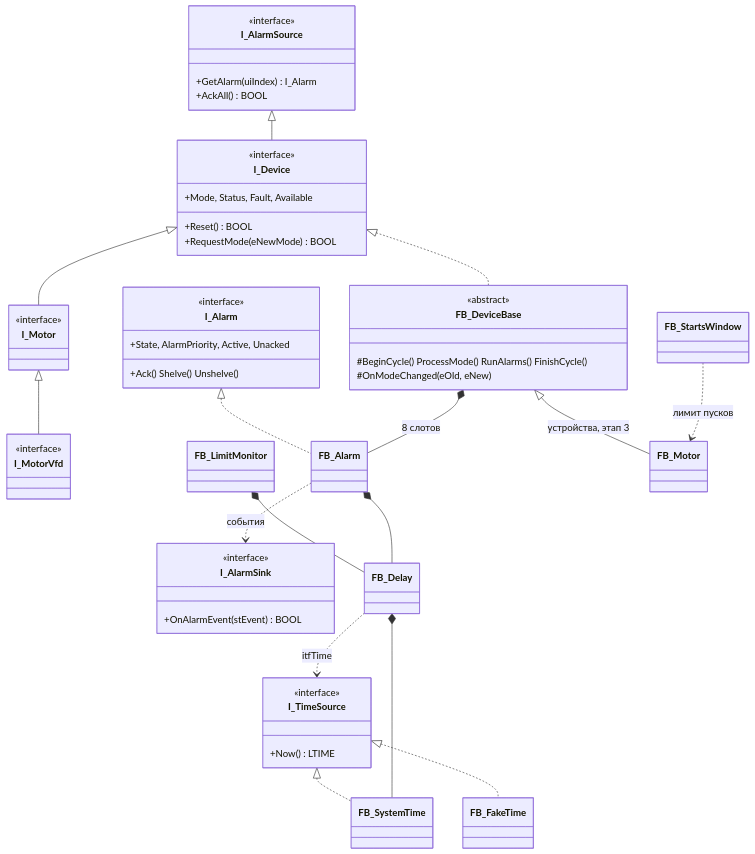
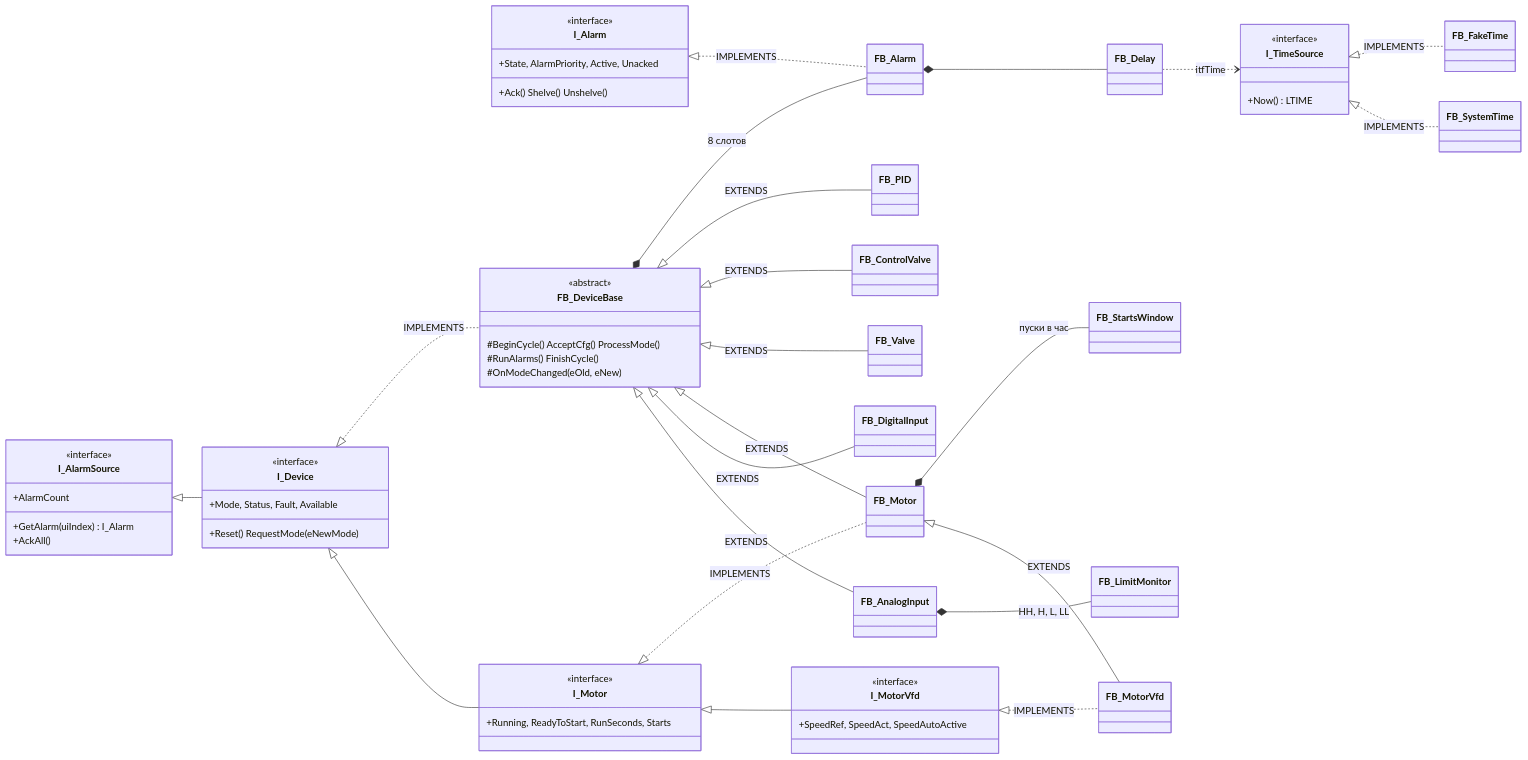
The diagram in README.md (kr0nsch/plc-process-lib), drawn with Mermaid before and after one commit. The commit also changed other lines of this file and 3 other files, not shown here.

````diff
--- a/README.md
+++ b/README.md
@@ -21,53 +42,59 @@
 ```mermaid
 classDiagram
+    direction LR
     class I_TimeSource {
         <<interface>>
         +Now() LTIME
-    }
-    class I_AlarmSink {
-        <<interface>>
-        +OnAlarmEvent(stEvent) BOOL
     }
     class I_Alarm {
         <<interface>>
         +Ack() Shelve() Unshelve()
         +State, AlarmPriority, Active, Unacked
     }
     class I_AlarmSource {
         <<interface>>
+        +AlarmCount
         +GetAlarm(uiIndex) I_Alarm
-        +AckAll() BOOL
-    }
-    class FB_DeviceBase {
-        <<abstract>>
-        #BeginCycle() ProcessMode() RunAlarms() FinishCycle()
-        #OnModeChanged(eOld, eNew)
+        +AckAll()
     }
     class I_Device {
         <<interface>>
-        +Reset() BOOL
-        +RequestMode(eNewMode) BOOL
+        +Reset() RequestMode(eNewMode)
         +Mode, Status, Fault, Available
     }
     class I_Motor {
         <<interface>>
+        +Running, ReadyToStart, RunSeconds, Starts
     }
     class I_MotorVfd {
         <<interface>>
+        +SpeedRef, SpeedAct, SpeedAutoActive
     }
-    I_TimeSource <|.. FB_SystemTime
-    I_TimeSource <|.. FB_FakeTime
+    class FB_DeviceBase {
+        <<abstract>>
+        #BeginCycle() AcceptCfg() ProcessMode()
+        #RunAlarms() FinishCycle()
+        #OnModeChanged(eOld, eNew)
+    }
     I_AlarmSource <|-- I_Device
     I_Device <|-- I_Motor
     I_Motor <|-- I_MotorVfd
+    I_Device <|.. FB_DeviceBase : IMPLEMENTS
+    I_Alarm <|.. FB_Alarm : IMPLEMENTS
+    I_TimeSource <|.. FB_SystemTime : IMPLEMENTS
+    I_TimeSource <|.. FB_FakeTime : IMPLEMENTS
+    FB_DeviceBase <|-- FB_AnalogInput : EXTENDS
+    FB_DeviceBase <|-- FB_DigitalInput : EXTENDS
+    FB_DeviceBase <|-- FB_Motor : EXTENDS
+    FB_Motor <|-- FB_MotorVfd : EXTENDS
+    FB_DeviceBase <|-- FB_Valve : EXTENDS
+    FB_DeviceBase <|-- FB_ControlValve : EXTENDS
+    FB_DeviceBase <|-- FB_PID : EXTENDS
+    I_Motor <|.. FB_Motor : IMPLEMENTS
+    I_MotorVfd <|.. FB_MotorVfd : IMPLEMENTS
+    FB_DeviceBase *-- FB_Alarm : 8 слотов
+    FB_AnalogInput *-- FB_LimitMonitor : HH, H, L, LL
+    FB_Motor *-- FB_StartsWindow : пуски в час
+    FB_Alarm *-- FB_Delay
     FB_Delay ..> I_TimeSource : itfTime
-    FB_Delay *-- FB_SystemTime
-    FB_LimitMonitor *-- FB_Delay
-    I_Alarm <|.. FB_Alarm
-    I_Device <|.. FB_DeviceBase
-    FB_Alarm *-- FB_Delay
-    FB_Alarm ..> I_AlarmSink : события
-    FB_DeviceBase *-- FB_Alarm : 8 слотов
-    FB_DeviceBase <|-- FB_Motor : устройства, этап 3
-    FB_StartsWindow ..> FB_Motor : лимит пусков
 ```
````
